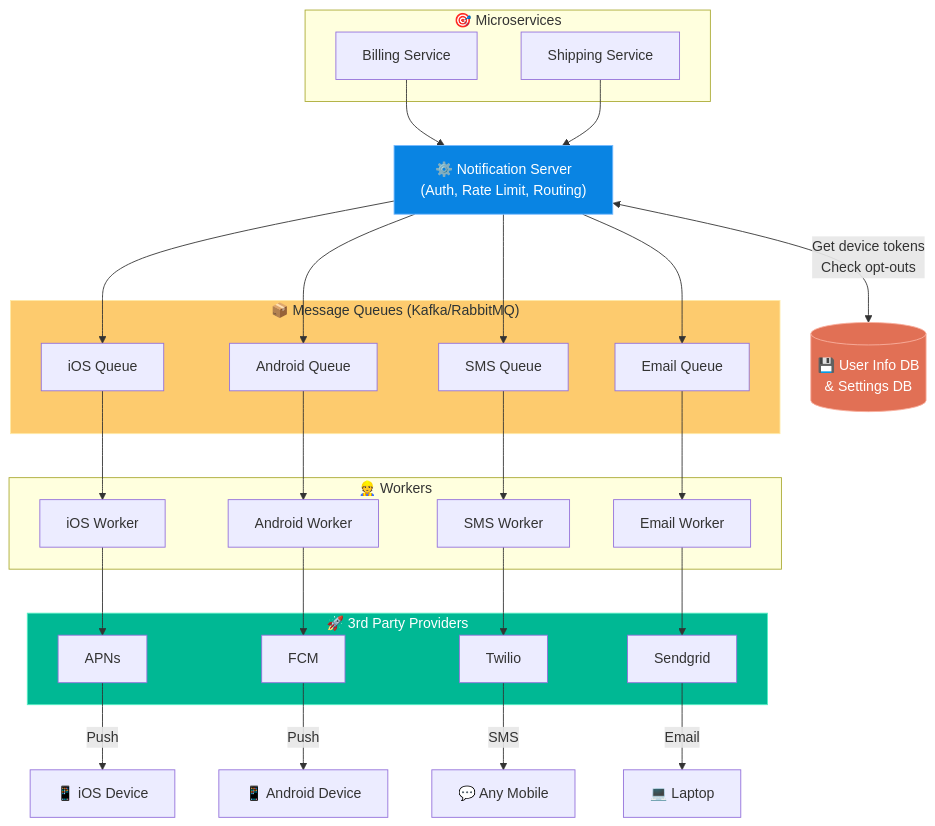
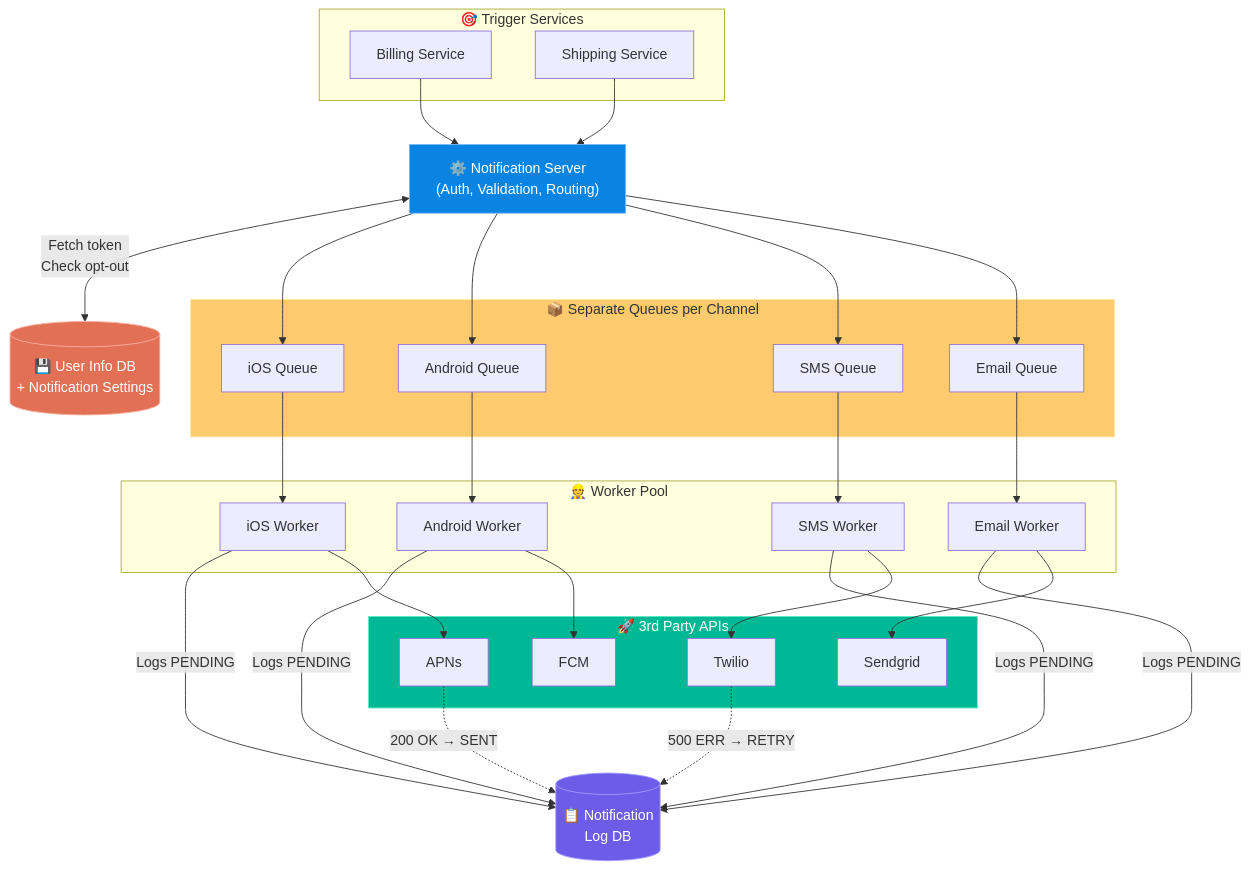
Before and after one commit to Gbirla06/systemDesign: the third of 3 diagrams in HLD/chapter_10/design_a_notification_system.md, drawn with Mermaid. The commit also changed other lines of this file, not shown here.

Commit message:
Updated Notification syste

````diff
--- a/HLD/chapter_10/design_a_notification_system.md
+++ b/HLD/chapter_10/design_a_notification_system.md
@@ -60,52 +143,63 @@
 ```mermaid
 graph TD
-    subgraph Triggers["🎯 Microservices"]
+    subgraph Triggers["🎯 Trigger Services"]
         A["Billing Service"]
         B["Shipping Service"]
     end
 
-    C["⚙️ Notification Server\n(Auth, Rate Limit, Routing)"]
-    DB[("💾 User Info DB\n& Settings DB")]
+    C["⚙️ Notification Server\n(Auth, Validation, Routing)"]
+    DB[("💾 User Info DB\n+ Notification Settings")]
 
-    subgraph Message_Queues["📦 Message Queues (Kafka/RabbitMQ)"]
+    subgraph Queues["📦 Separate Queues per Channel"]
         Q1["iOS Queue"]
         Q2["Android Queue"]
         Q3["SMS Queue"]
         Q4["Email Queue"]
     end
     
-    subgraph Workers["👷 Workers"]
+    subgraph Workers["👷 Worker Pool"]
         W1["iOS Worker"]
         W2["Android Worker"]
         W3["SMS Worker"]
         W4["Email Worker"]
     end
 
-    subgraph Providers["🚀 3rd Party Providers"]
+    subgraph Providers["🚀 3rd Party APIs"]
         P1["APNs"]
         P2["FCM"]
         P3["Twilio"]
         P4["Sendgrid"]
     end
 
+    LOG[("📋 Notification\nLog DB")]
+
     A --> C
     B --> C
-    C <-->|"Get device tokens\nCheck opt-outs"| DB
+    C <-->|"Fetch token\nCheck opt-out"| DB
     
     C --> Q1 & Q2 & Q3 & Q4
     
     Q1 --> W1
     Q2 --> W2
     Q3 --> W3
     Q4 --> W4
     
-    W1 --> P1 -->|Push| Phone1["📱 iOS Device"]
-    W2 --> P2 -->|Push| Phone2["📱 Android Device"]
-    W3 --> P3 -->|SMS| Phone3["💬 Any Mobile"]
-    W4 --> P4 -->|Email| PC["💻 Laptop"]
+    W1 -->|"Logs PENDING"| LOG
+    W2 -->|"Logs PENDING"| LOG
+    W3 -->|"Logs PENDING"| LOG
+    W4 -->|"Logs PENDING"| LOG
+    
+    W1 --> P1
+    W2 --> P2
+    W3 --> P3
+    W4 --> P4
+    
+    P1 -.->|"200 OK → SENT"| LOG
+    P3 -.->|"500 ERR → RETRY"| LOG
     
     style C fill:#0984e3,stroke:#74b9ff,color:#fff
     style DB fill:#e17055,stroke:#fab1a0,color:#fff
-    style Message_Queues fill:#fdcb6e,stroke:#ffeaa7,color:#2d3436
+    style Queues fill:#fdcb6e,stroke:#ffeaa7,color:#2d3436
     style Providers fill:#00b894,stroke:#55efc4,color:#fff
+    style LOG fill:#6c5ce7,stroke:#a29bfe,color:#fff
 ```
````
